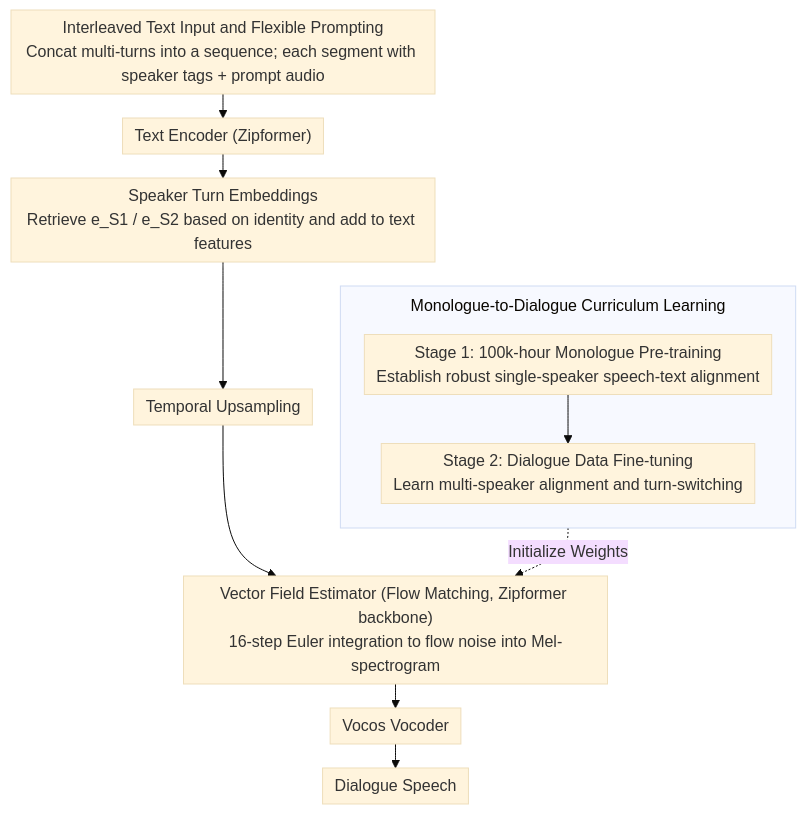
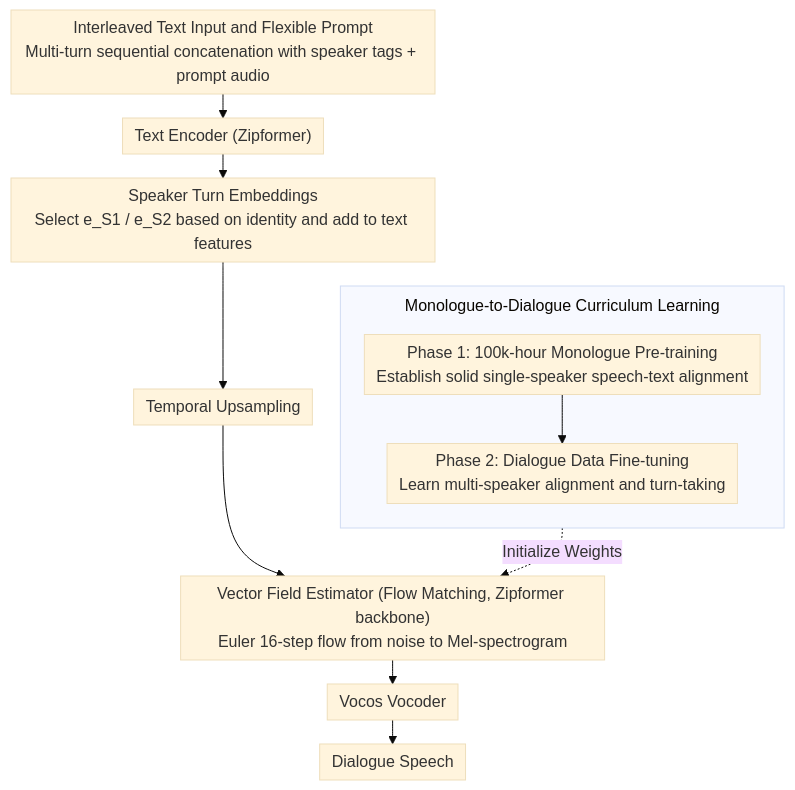
One commit to zhaoyang97/Paper-Notes-en changed the diagram in docs/ACL2026/audio_speech/zipvoice-dialog_non-autoregressive_spoken_dialogue_generation_with_flow_matching.md. Above: the diagram before and after it, drawn with Mermaid (base theme). The commit also changed other lines of this file and 5084 other files, not shown here.

````diff
--- a/docs/ACL2026/audio_speech/zipvoice-dialog_non-autoregressive_spoken_dialogue_generation_with_flow_matching.md
+++ b/docs/ACL2026/audio_speech/zipvoice-dialog_non-autoregressive_spoken_dialogue_generation_with_flow_matching.md
@@ -45,17 +45,17 @@
 ```mermaid
 %%{init: {'flowchart': {'rankSpacing': 24, 'nodeSpacing': 28, 'padding': 6, 'wrappingWidth': 400, 'subGraphTitleMargin': {'top': 8, 'bottom': 16}}}}%%
 flowchart TD
     subgraph CL["Monologue-to-Dialogue Curriculum Learning"]
         direction TB
-        P1["Stage 1: 100k-hour Monologue Pre-training<br/>Establish robust single-speaker speech-text alignment"]
-        P2["Stage 2: Dialogue Data Fine-tuning<br/>Learn multi-speaker alignment and turn-switching"]
+        P1["Phase 1: 100k-hour Monologue Pre-training<br/>Establish solid single-speaker speech-text alignment"]
+        P2["Phase 2: Dialogue Data Fine-tuning<br/>Learn multi-speaker alignment and turn-taking"]
         P1 --> P2
     end
-    IN["Interleaved Text Input and Flexible Prompting<br/>Concat multi-turns into a sequence; each segment with speaker tags + prompt audio"] --> ENC["Text Encoder (Zipformer)"]
-    ENC --> EMB["Speaker Turn Embeddings<br/>Retrieve e_S1 / e_S2 based on identity and add to text features"]
+    IN["Interleaved Text Input and Flexible Prompt<br/>Multi-turn sequential concatenation with speaker tags + prompt audio"] --> ENC["Text Encoder (Zipformer)"]
+    ENC --> EMB["Speaker Turn Embeddings<br/>Select e_S1 / e_S2 based on identity and add to text features"]
     EMB --> UP["Temporal Upsampling"]
-    UP --> VF["Vector Field Estimator (Flow Matching, Zipformer backbone)<br/>16-step Euler integration to flow noise into Mel-spectrogram"]
+    UP --> VF["Vector Field Estimator (Flow Matching, Zipformer backbone)<br/>Euler 16-step flow from noise to Mel-spectrogram"]
     CL -.Initialize Weights.-> VF
     VF --> VOC["Vocos Vocoder"]
     VOC --> OUT["Dialogue Speech"]
 ```
````
